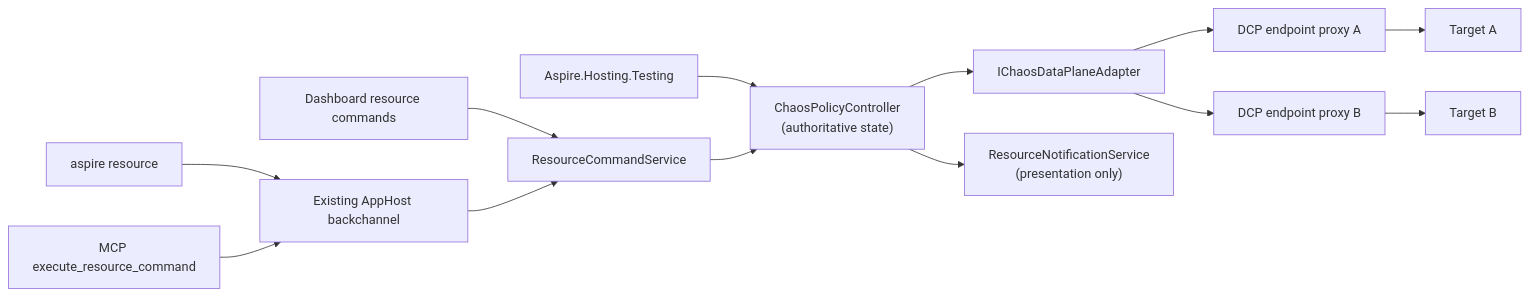
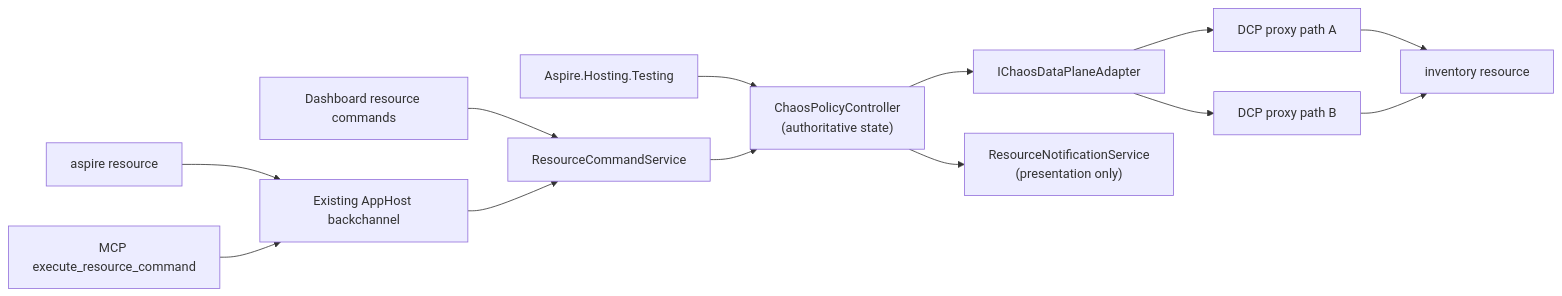
The diagram in docs/specs/chaos-integration.md (microsoft/aspire), drawn with Mermaid before and after one commit. The commit also changed other lines of this file, not shown here.

````diff
--- a/docs/specs/chaos-integration.md
+++ b/docs/specs/chaos-integration.md
@@ -147,15 +152,15 @@
 ```mermaid
 flowchart LR
-    Test["Aspire.Hosting.Testing"] --> Controller
+    Tests["Aspire.Hosting.Testing"] --> Controller
     CLI["aspire resource"] --> Backchannel["Existing AppHost backchannel"]
     MCP["MCP execute_resource_command"] --> Backchannel
     Dashboard["Dashboard resource commands"] --> Commands["ResourceCommandService"]
     Backchannel --> Commands
     Commands --> Controller["ChaosPolicyController\n(authoritative state)"]
     Controller --> Adapter["IChaosDataPlaneAdapter"]
-    Adapter --> ProxyA["DCP endpoint proxy A"]
-    Adapter --> ProxyB["DCP endpoint proxy B"]
+    Adapter --> ProxyA["DCP proxy path A"]
+    Adapter --> ProxyB["DCP proxy path B"]
     Controller --> Snapshot["ResourceNotificationService\n(presentation only)"]
-    ProxyA --> TargetA["Target A"]
-    ProxyB --> TargetB["Target B"]
+    ProxyA --> Inventory["inventory resource"]
+    ProxyB --> Inventory
 ```
````
